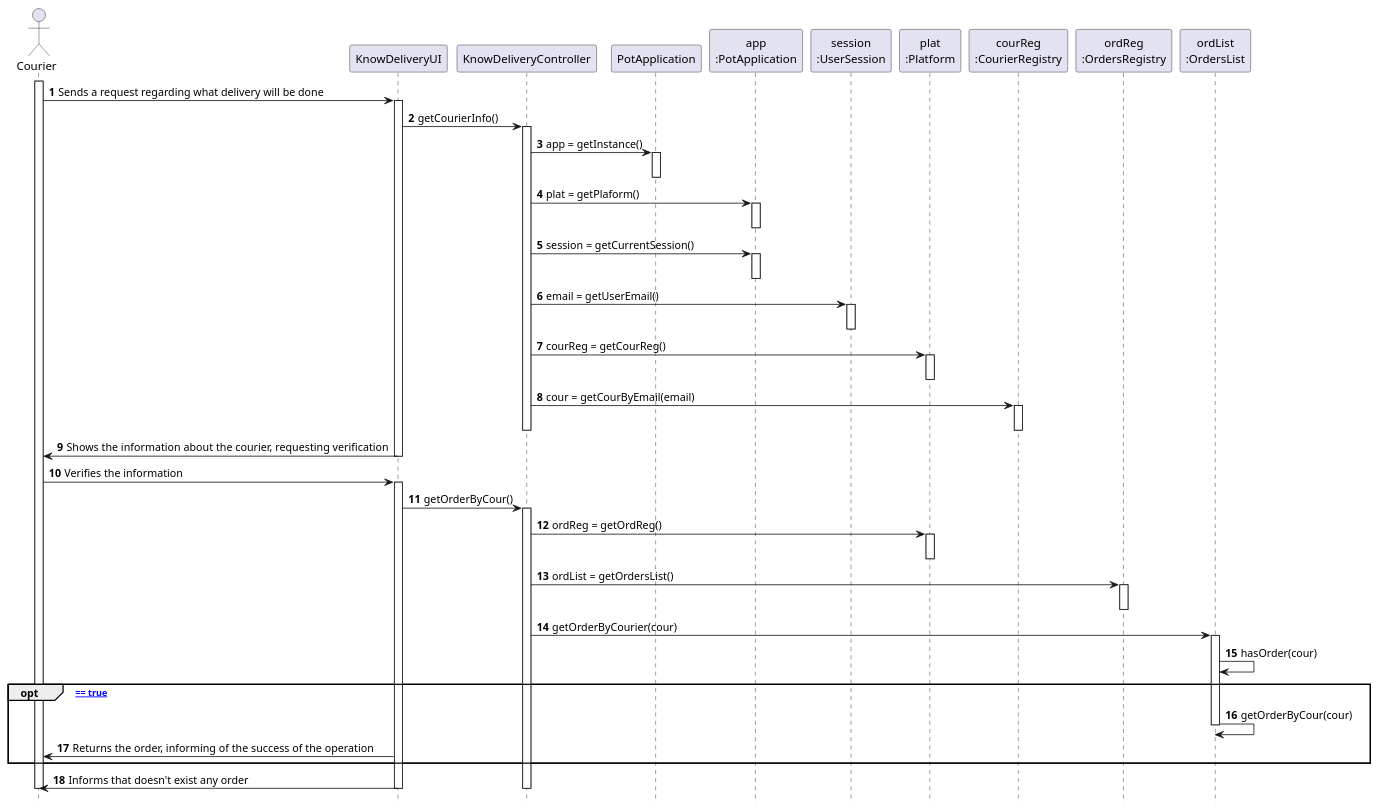
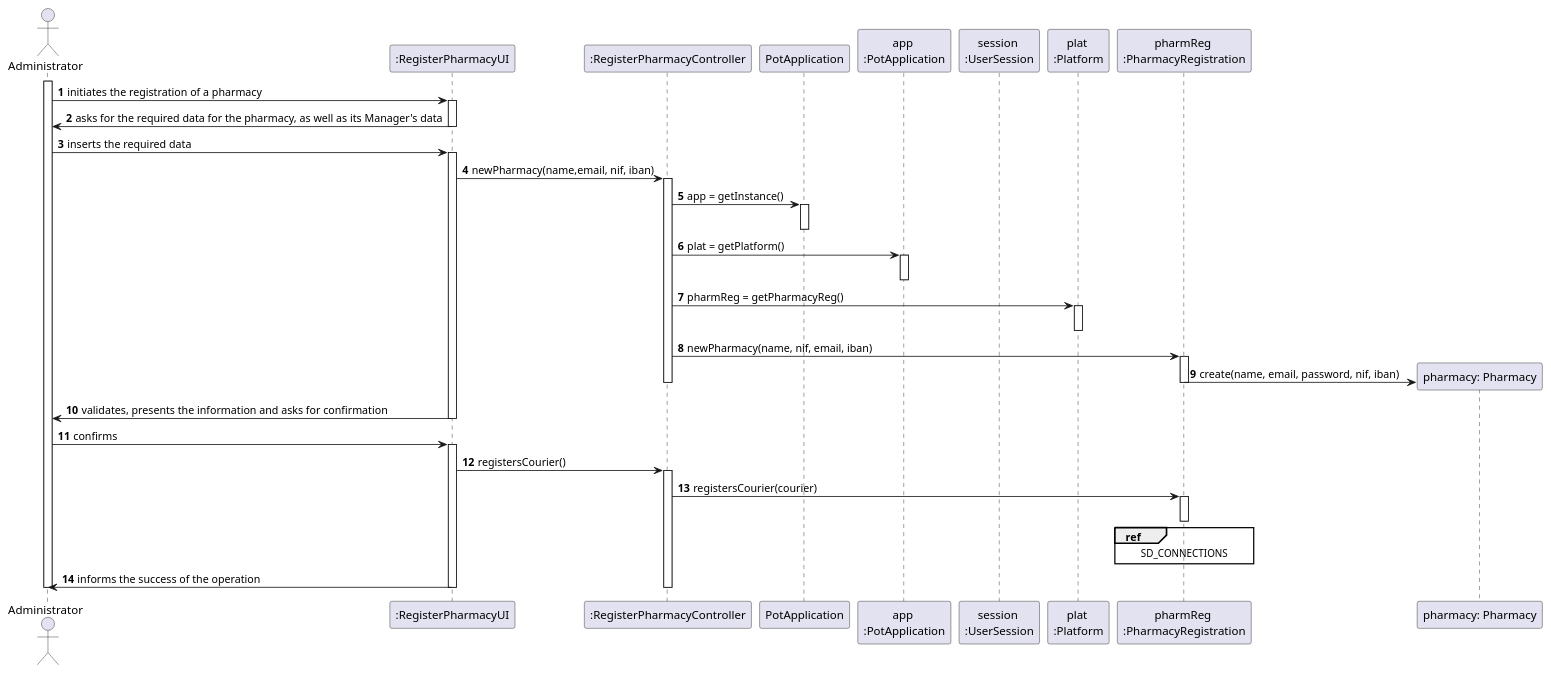
The diagram in docs/Iteration 1/Pharmacy Management/US40_RegisterPhamacy/US40_SD.puml (tiagoavcosta25/LAPR3), drawn with PlantUML before and after one commit. The commit also changed 3 other files, not shown here.

Commit message:
LAPR2AP2-79 #developing Register Pharmacy [Design]

```diff
--- a/docs/Iteration 1/Pharmacy Management/US40_RegisterPhamacy/US40_SD.puml
+++ b/docs/Iteration 1/Pharmacy Management/US40_RegisterPhamacy/US40_SD.puml
@@ -1,70 +1,63 @@
 @startuml
 autonumber
-hide footbox
+actor "Administrator" as ADMIN
 
-actor "Courier" as COUR
+participant ":RegisterPharmacyUI" as UI
+participant ":RegisterPharmacyController" as CTRL
+participant "PotApplication" as PA
+participant "app \n:PotApplication" as APA
+participant "session \n:UserSession" as US
+participant "plat \n:Platform" as PLAT
+participant "pharmReg \n:PharmacyRegistration" as PR
+participant "pharmacy: Pharmacy" as PH
 
-participant "KnowDeliveryUI" as UI
-participant "KnowDeliveryController" as CTRL
-participant "PotApplication" as _APP
-participant "app\n:PotApplication" as APP
-participant "session\n:UserSession" as SESSION
-participant "plat\n:Platform" as PLAT
-participant "courReg\n:CourierRegistry" as COURREG
-participant "ordReg\n:OrdersRegistry" as ORDREG
-participant "ordList\n:OrdersList" as ORDLIST
 
-activate COUR
 
-COUR -> UI : Sends a request regarding what delivery will be done
+activate ADMIN
+
+ADMIN -> UI : initiates the registration of a pharmacy
 activate UI
-UI -> CTRL : getCourierInfo()
+UI -> ADMIN : asks for the required data for the pharmacy, as well as its Manager's data
+deactivate UI
+
+ADMIN -> UI : inserts the required data
+activate UI
+UI -> CTRL : newPharmacy(name,email, nif, iban)
 activate CTRL
-CTRL -> _APP: app = getInstance()
-activate _APP
-deactivate _APP
-
-CTRL -> APP: plat = getPlaform()
-activate APP
-deactivate APP
-
-CTRL -> APP: session = getCurrentSession()
-activate APP
-deactivate APP
-
-CTRL -> SESSION: email = getUserEmail()
-activate SESSION
-deactivate SESSION
-CTRL -> PLAT : courReg = getCourReg()
+CTRL -> PA : app = getInstance()
+activate PA
+deactivate PA
+CTRL -> APA : plat = getPlatform()
+activate APA
+deactivate APA
+CTRL -> PLAT : pharmReg = getPharmacyReg()
 activate PLAT
 deactivate PLAT
-CTRL -> COURREG : cour = getCourByEmail(email)
-activate COURREG
-deactivate COURREG
+CTRL -> PR : newPharmacy(name, nif, email, iban)
+activate PR
+PR -> PH ** : create(name, email, password, nif, iban)
+deactivate PR
 deactivate CTRL
-UI -> COUR : Shows the information about the courier, requesting verification
+
+
+UI -> ADMIN : validates, presents the information and asks for confirmation
 deactivate UI
-COUR -> UI : Verifies the information
+
+ADMIN -> UI : confirms
 activate UI
-UI -> CTRL : getOrderByCour()
+UI -> CTRL : registersCourier()
 activate CTRL
-CTRL -> PLAT : ordReg = getOrdReg()
-activate PLAT
-deactivate PLAT
-CTRL -> ORDREG : ordList = getOrdersList()
-activate ORDREG
-deactivate ORDREG
-CTRL -> ORDLIST : getOrderByCourier(cour)
-activate ORDLIST
-ORDLIST -> ORDLIST : hasOrder(cour)
-opt [ hasOrder(cour) == true]
-ORDLIST -> ORDLIST : getOrderByCour(cour)
-deactivate ORDLIST
-UI -> COUR : Returns the order, informing of the success of the operation
-end opt
-UI -> COUR : Informs that doesn't exist any order
+CTRL -> PR : registersCourier(courier)
+activate PR
+ref over PR
+SD_CONNECTIONS
+end ref
+deactivate PR
+UI -> ADMIN : informs the success of the operation
+deactivate PR
 deactivate CTRL
 deactivate UI
-deactivate COUR
+
+deactivate ADMIN
 
 @enduml
```
